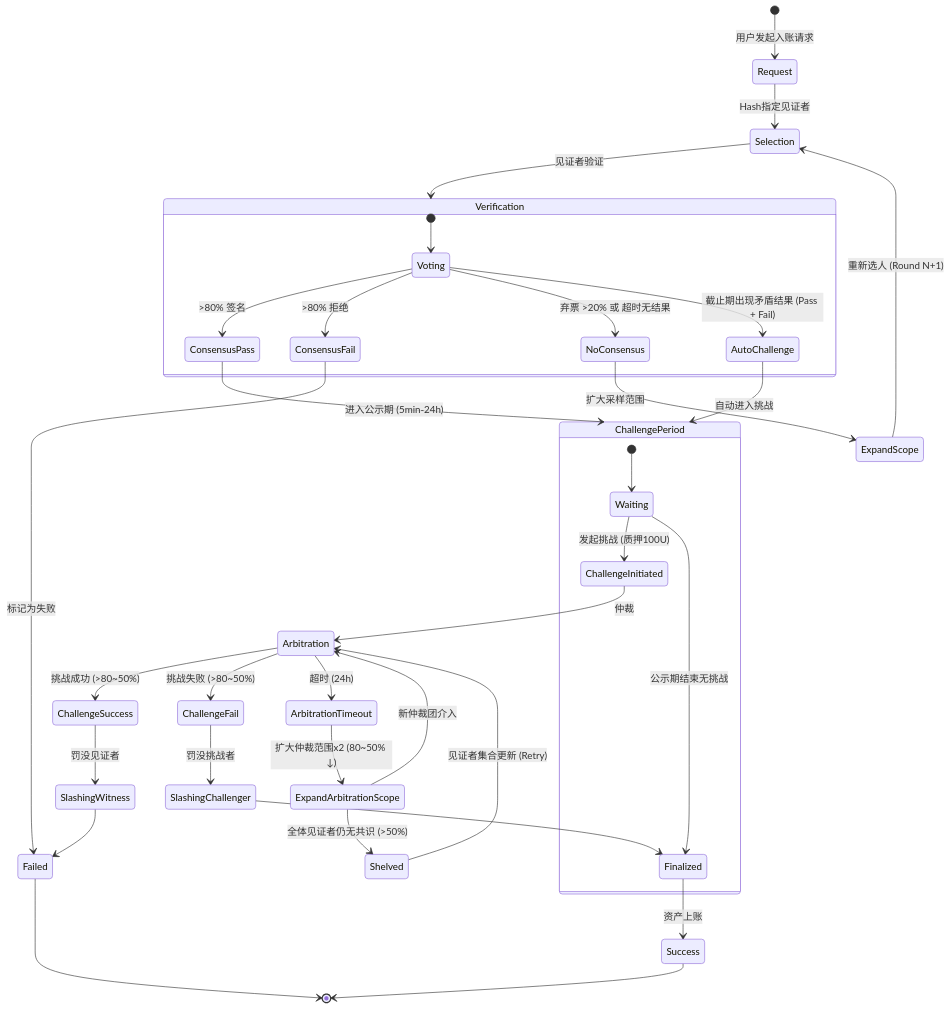
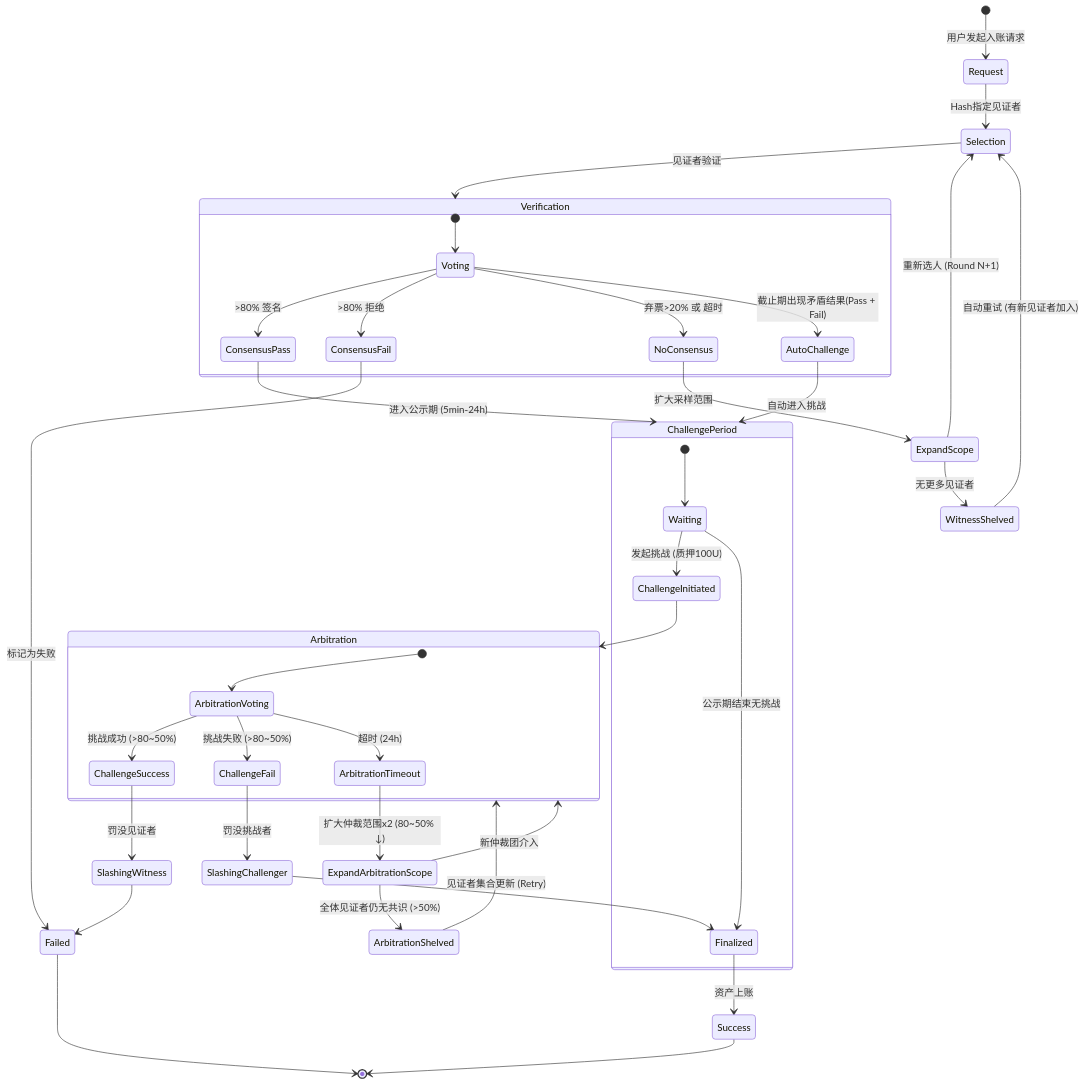
One commit to davidLeeeeeeeeeeee/dex changed the diagram in witness/witness_design.md. Above: the diagram before and after it, drawn with Mermaid. The commit also changed other lines of this file and 1 other file, not shown here.

````diff
--- a/witness/witness_design.md
+++ b/witness/witness_design.md
@@ -27,50 +27,56 @@
 ```mermaid
 stateDiagram-v2
     [*] --> Request: 用户发起入账请求
     Request --> Selection: Hash指定见证者
     Selection --> Verification: 见证者验证
 
     state Verification {
         [*] --> Voting
         Voting --> ConsensusPass: >80% 签名
         Voting --> ConsensusFail: >80% 拒绝
-        Voting --> NoConsensus: 弃票 >20% 或 超时无结果
-        Voting --> AutoChallenge: 截止期出现矛盾结果 (Pass + Fail)
+        Voting --> NoConsensus: 弃票>20% 或 超时
+        Voting --> AutoChallenge: 截止期出现矛盾结果(Pass + Fail)
     }
 
     AutoChallenge --> ChallengePeriod: 自动进入挑战
 
     ConsensusFail --> Failed: 标记为失败
     Failed --> [*]
 
     NoConsensus --> ExpandScope: 扩大采样范围
     ExpandScope --> Selection:重新选人 (Round N+1)
+    ExpandScope --> WitnessShelved: 无更多见证者
+    WitnessShelved --> Selection: 自动重试 (有新见证者加入)
 
     ConsensusPass --> ChallengePeriod: 进入公示期 (5min-24h)
 
     state ChallengePeriod {
         [*] --> Waiting
         Waiting --> ChallengeInitiated: 发起挑战 (质押100U)
         Waiting --> Finalized: 公示期结束无挑战
     }
 
-    ChallengeInitiated --> Arbitration: 仲裁 
+    ChallengeInitiated --> Arbitration 
     
-    Arbitration --> ChallengeSuccess: 挑战成功 (>80~50%)
+    state Arbitration {
+        [*] --> ArbitrationVoting
+        ArbitrationVoting --> ChallengeSuccess: 挑战成功 (>80~50%)
+        ArbitrationVoting --> ChallengeFail: 挑战失败 (>80~50%)
+        ArbitrationVoting --> ArbitrationTimeout: 超时 (24h)
+    }
+
     ChallengeSuccess --> SlashingWitness: 罚没见证者
     SlashingWitness --> Failed
 
-    Arbitration --> ChallengeFail: 挑战失败 (>80~50%)
     ChallengeFail --> SlashingChallenger: 罚没挑战者
     SlashingChallenger --> Finalized
 
-    Arbitration --> ArbitrationTimeout: 超时 (24h)
     ArbitrationTimeout --> ExpandArbitrationScope: 扩大仲裁范围x2 (80~50% ↓)
     ExpandArbitrationScope --> Arbitration: 新仲裁团介入
     
-    ExpandArbitrationScope --> Shelved: 全体见证者仍无共识 (>50%)
-    Shelved --> Arbitration: 见证者集合更新 (Retry)
+    ExpandArbitrationScope --> ArbitrationShelved: 全体见证者仍无共识 (>50%)
+    ArbitrationShelved --> Arbitration: 见证者集合更新 (Retry)
 
     Finalized --> Success: 资产上账
     Success --> [*]
 ```
````
